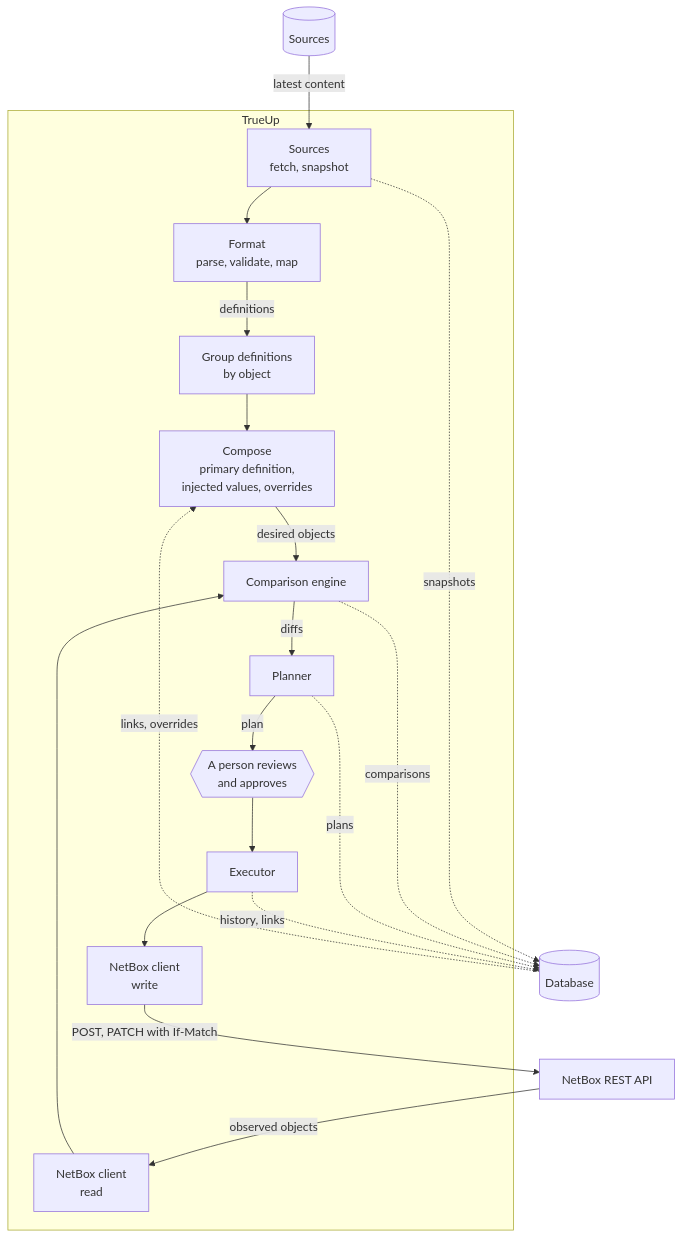
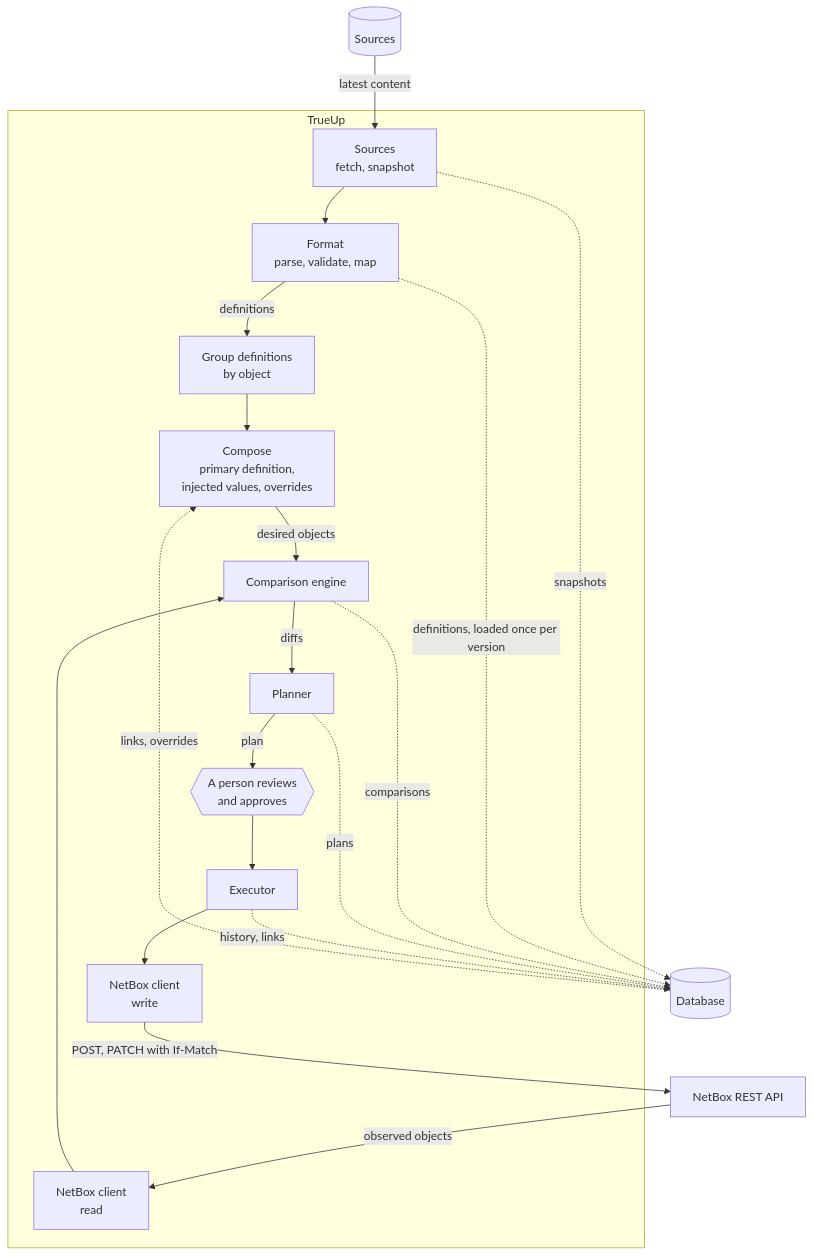
Before and after one commit to zeddD1abl0/netbox-trueup-ai: the second of 10 diagrams in docs/architecture.md, drawn with Mermaid. The commit also changed other lines of this file and 52 other files, not shown here.

````diff
--- a/docs/architecture.md
+++ b/docs/architecture.md
@@ -103,38 +103,39 @@
 ```mermaid
 flowchart TB
     repo[("Sources")]
     api["NetBox REST API"]
     db[("Database")]
 
     subgraph app["TrueUp"]
         fetch["Sources<br/>fetch, snapshot"]
         format["Format<br/>parse, validate, map"]
         group["Group definitions<br/>by object"]
         layers["Compose<br/>primary definition,<br/>injected values, overrides"]
         reader["NetBox client<br/>read"]
         compare["Comparison engine"]
         planner["Planner"]
         review{{"A person reviews<br/>and approves"}}
         executor["Executor"]
         writer["NetBox client<br/>write"]
     end
 
     repo -- "latest content" --> fetch
     fetch --> format
     format -- "definitions" --> group
     group --> layers
     layers -- "desired objects" --> compare
     api -- "observed objects" --> reader
     reader --> compare
     compare -- "diffs" --> planner
     planner -- "plan" --> review
     review --> executor
     executor --> writer
     writer -- "POST, PATCH with If-Match" --> api
 
     fetch -.->|snapshots| db
+    format -.->|definitions, loaded once per version| db
     compare -.->|comparisons| db
     planner -.->|plans| db
     executor -.->|"history, links"| db
     db -.->|"links, overrides"| layers
 ```
````
